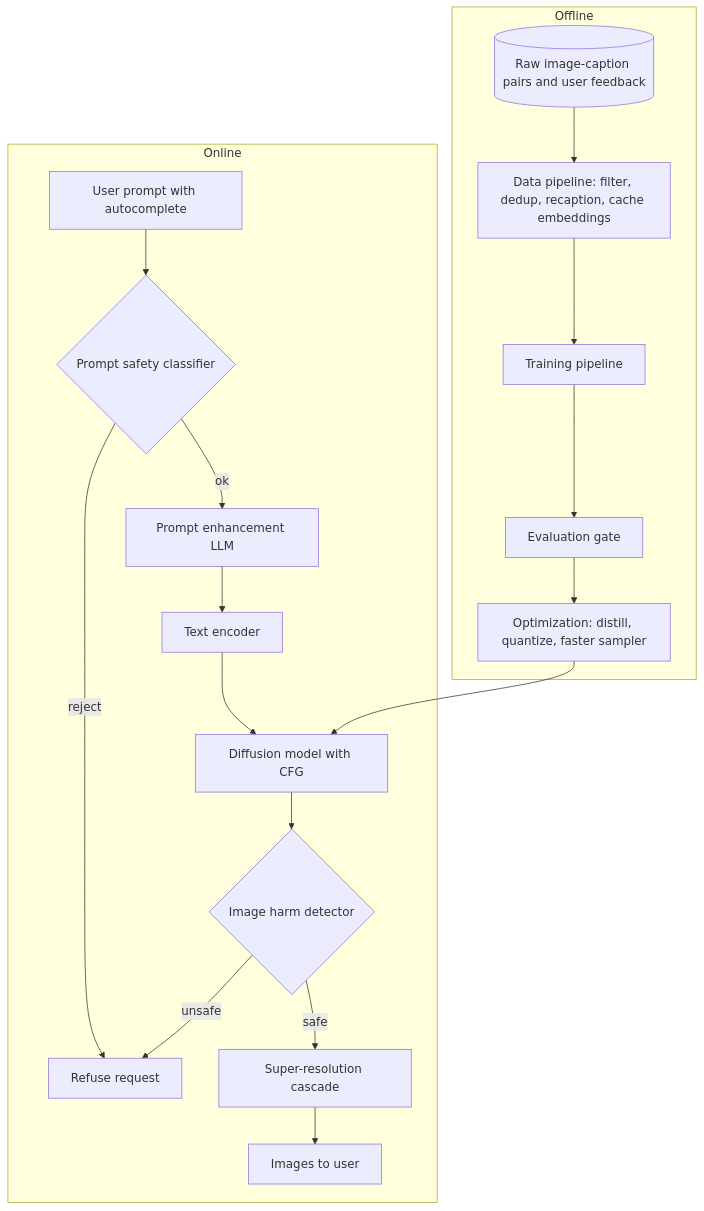
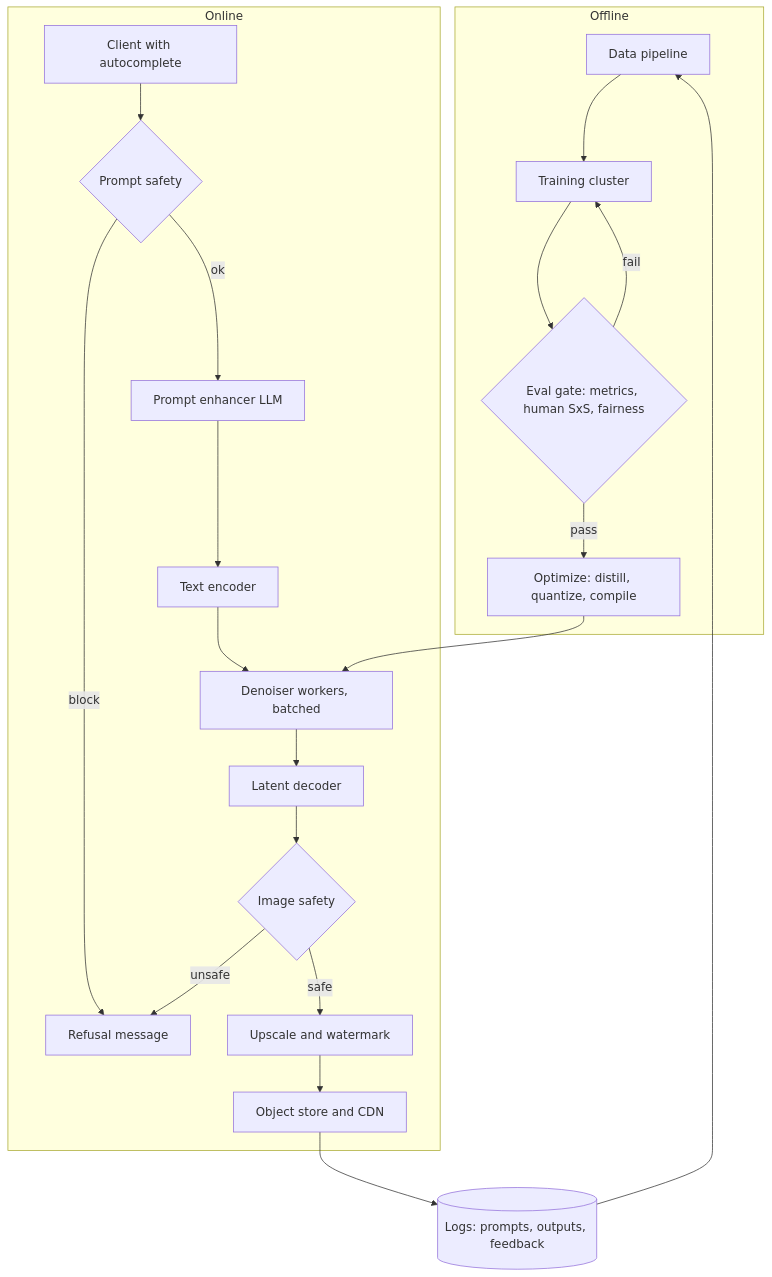
Before and after one commit to johklo/johklo.github.io: the fourth of 5 diagrams in content/docs/tech/generative-ai-system-design-interview/09-text-to-image-generation.md, drawn with Mermaid. The commit also changed other lines of this file and 10 other files, not shown here.

````diff
--- a/content/docs/tech/generative-ai-system-design-interview/09-text-to-image-generation.md
+++ b/content/docs/tech/generative-ai-system-design-interview/09-text-to-image-generation.md
@@ -62,23 +282,26 @@
 ```mermaid
-flowchart TD
-  accTitle: Text-to-image system overview
-  accDescr: Offline, a data pipeline filters images and fixes captions, a training pipeline trains the diffusion model, an evaluation gate checks it and an optimization step distills and quantizes it. Online, a prompt passes a safety check and enhancement, is encoded and denoised, checked for harm, upscaled and returned.
-  subgraph Offline
-    RAW[(Raw image-caption pairs and user feedback)] --> DP[Data pipeline: filter, dedup, recaption, cache embeddings]
-    DP --> TR[Training pipeline]
-    TR --> EVG[Evaluation gate]
-    EVG --> OPT[Optimization: distill, quantize, faster sampler]
+flowchart TB
+  accTitle: End-to-end text-to-image system
+  accDescr: Offline, the data pipeline feeds training, an evaluation gate approves or rejects candidates, and an optimization step distills and quantizes approved models. Online, a request passes autocomplete, prompt safety, prompt enhancement, text encoding, batched denoising, latent decoding, image safety, and upscaling with watermarking before delivery. Logs return to the data pipeline.
+  subgraph OFF["Offline"]
+    DP["Data pipeline"] --> TR["Training cluster"]
+    TR --> EG{"Eval gate: metrics, human SxS, fairness"}
+    EG -->|pass| OP["Optimize: distill, quantize, compile"]
+    EG -->|fail| TR
   end
-  subgraph Online
-    U[User prompt with autocomplete] --> PS{Prompt safety classifier}
-    PS -->|reject| X[Refuse request]
-    PS -->|ok| PE[Prompt enhancement LLM]
-    PE --> TE[Text encoder]
-    TE --> DM[Diffusion model with CFG]
-    DM --> HD{Image harm detector}
-    HD -->|unsafe| X
-    HD -->|safe| SR[Super-resolution cascade]
-    SR --> OUT[Images to user]
+  subgraph ON["Online"]
+    UI["Client with autocomplete"] --> PS{"Prompt safety"}
+    PS -->|block| RJ["Refusal message"]
+    PS -->|ok| PE["Prompt enhancer LLM"]
+    PE --> TE["Text encoder"]
+    TE --> DM["Denoiser workers, batched"]
+    DM --> DEC["Latent decoder"]
+    DEC --> IS{"Image safety"}
+    IS -->|unsafe| RJ
+    IS -->|safe| SR["Upscale and watermark"]
+    SR --> CDN["Object store and CDN"]
   end
-  OPT --> DM
+  OP --> DM
+  CDN --> LOG[("Logs: prompts, outputs, feedback")]
+  LOG --> DP
 ```
````
